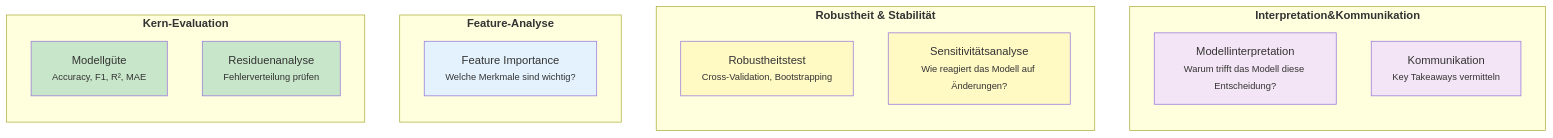
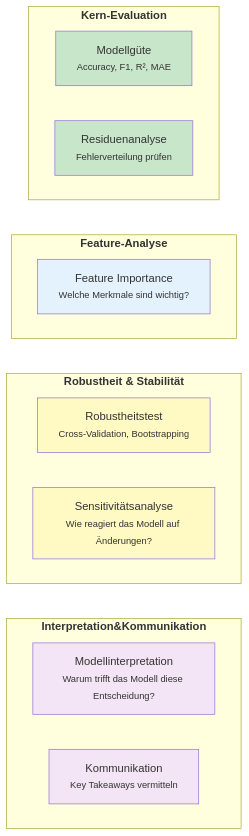
Before and after one commit to ralf-42/ML_Intro: the second of 3 diagrams in docs/concepts/evaluate/bewertung_allgemein.md, drawn with Mermaid. The commit also changed 7 other files, not shown here.

````diff
--- a/docs/concepts/evaluate/bewertung_allgemein.md
+++ b/docs/concepts/evaluate/bewertung_allgemein.md
@@ -75,31 +75,31 @@
 ```mermaid
-flowchart LR
+flowchart TD
     subgraph core["<b>Kern-Evaluation"]
         G["Modellgüte<br/><small>Accuracy, F1, R², MAE</small>"]
         R["Residuenanalyse<br/><small>Fehlerverteilung prüfen</small>"]
     end
     
     subgraph features["<b>Feature-Analyse"]
         F["Feature Importance<br/><small>Welche Merkmale sind wichtig?</small>"]
     end
     
     subgraph robustness["<b>Robustheit & Stabilität"]
         RO["Robustheitstest<br/><small>Cross-Validation, Bootstrapping</small>"]
         S["Sensitivitätsanalyse<br/><small>Wie reagiert das Modell auf Änderungen?</small>"]
     end
     
     subgraph interpretation["<b>Interpretation&Kommunikation"]
         I["Modellinterpretation<br/><small>Warum trifft das Modell diese Entscheidung?</small>"]
         K["Kommunikation<br/><small>Key Takeaways vermitteln</small>"]
     end
     
     core ~~~ features ~~~ robustness ~~~ interpretation
     
     style G fill:#c8e6c9
     style R fill:#c8e6c9
     style F fill:#e3f2fd
     style RO fill:#fff9c4
     style S fill:#fff9c4
     style I fill:#f3e5f5
     style K fill:#f3e5f5
 ```
````
